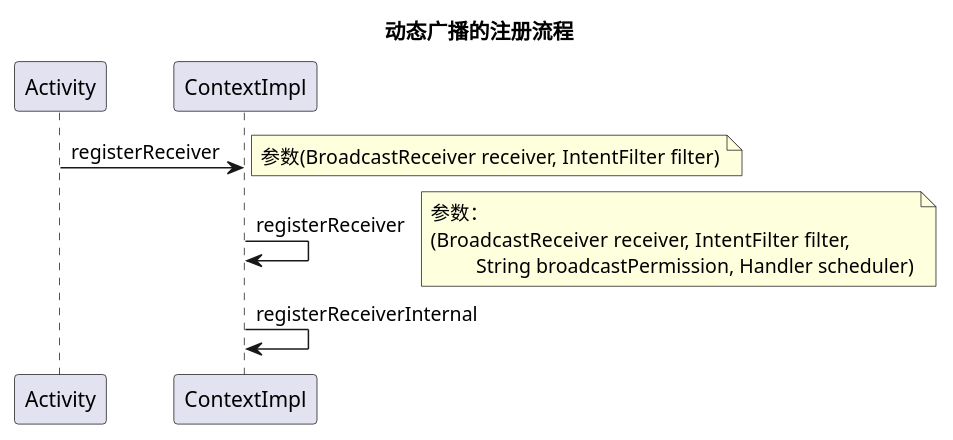
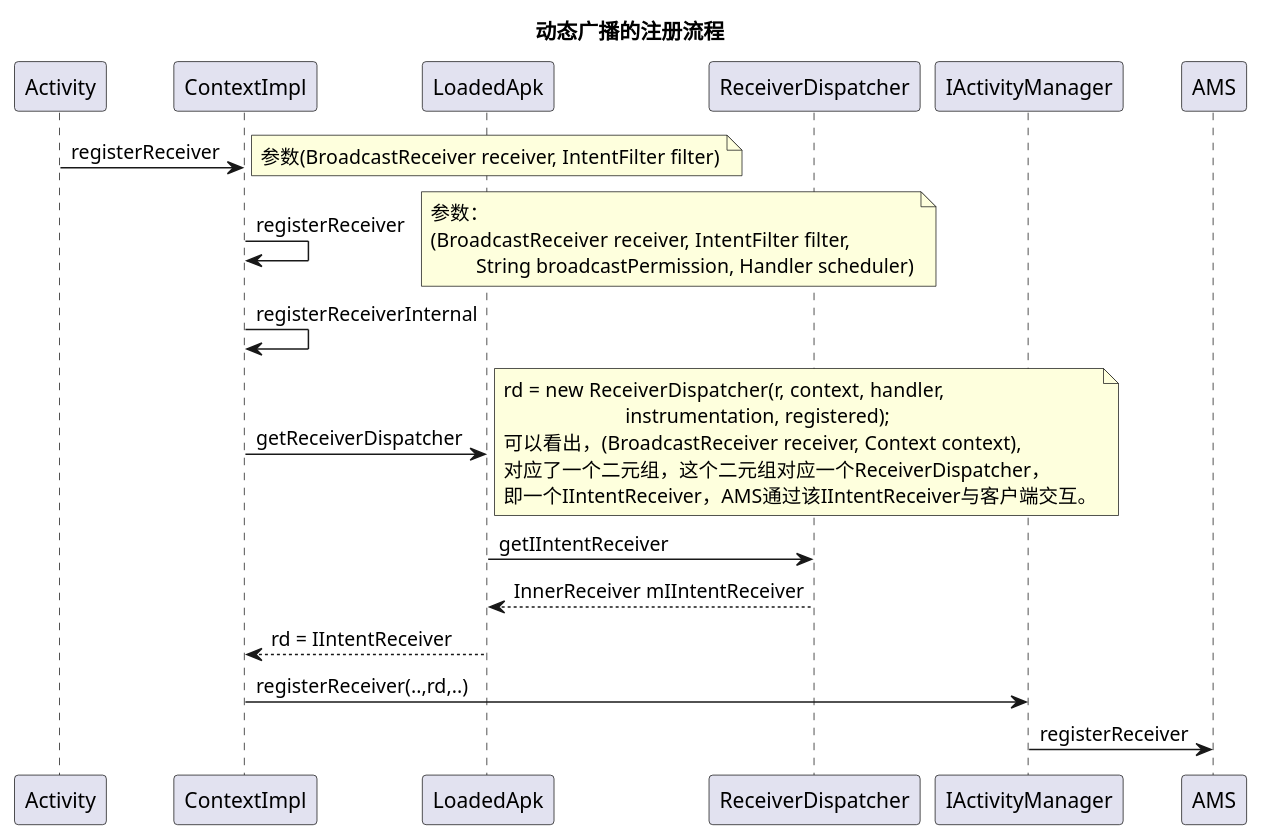
The diagram in Android_framework_sequences/广播_动态广播_01_注册.puml (KentTJ/ImoocRxJavaStudy), drawn with PlantUML before and after one commit.

Commit message:
动态Broadcast的注册流程。

```diff
--- a/Android_framework_sequences/广播_动态广播_01_注册.puml
+++ b/Android_framework_sequences/广播_动态广播_01_注册.puml
@@ -1,16 +1,35 @@
 @startuml
 title 动态广播的注册流程
 Activity -> ContextImpl : registerReceiver
 note right:参数(BroadcastReceiver receiver, IntentFilter filter)
 
 ContextImpl ->  ContextImpl : registerReceiver
 note right
 参数：
 (BroadcastReceiver receiver, IntentFilter filter,
          String broadcastPermission, Handler scheduler)
 end note
 ContextImpl ->  ContextImpl : registerReceiverInternal
 
+ContextImpl -> LoadedApk : getReceiverDispatcher
+note right
+rd = new ReceiverDispatcher(r, context, handler,
+                        instrumentation, registered);
+可以看出，(BroadcastReceiver receiver, Context context),
+对应了一个二元组，这个二元组对应一个ReceiverDispatcher，
+即一个IIntentReceiver，AMS通过该IIntentReceiver与客户端交互。
+end note
+
+LoadedApk -> ReceiverDispatcher : getIIntentReceiver
+
+LoadedApk <-- ReceiverDispatcher : InnerReceiver mIIntentReceiver
+
+ContextImpl <-- LoadedApk : rd = IIntentReceiver
+
+ContextImpl -> IActivityManager : registerReceiver(..,rd,..)
+
+IActivityManager -> AMS : registerReceiver
+
 
 
 @enduml
```
